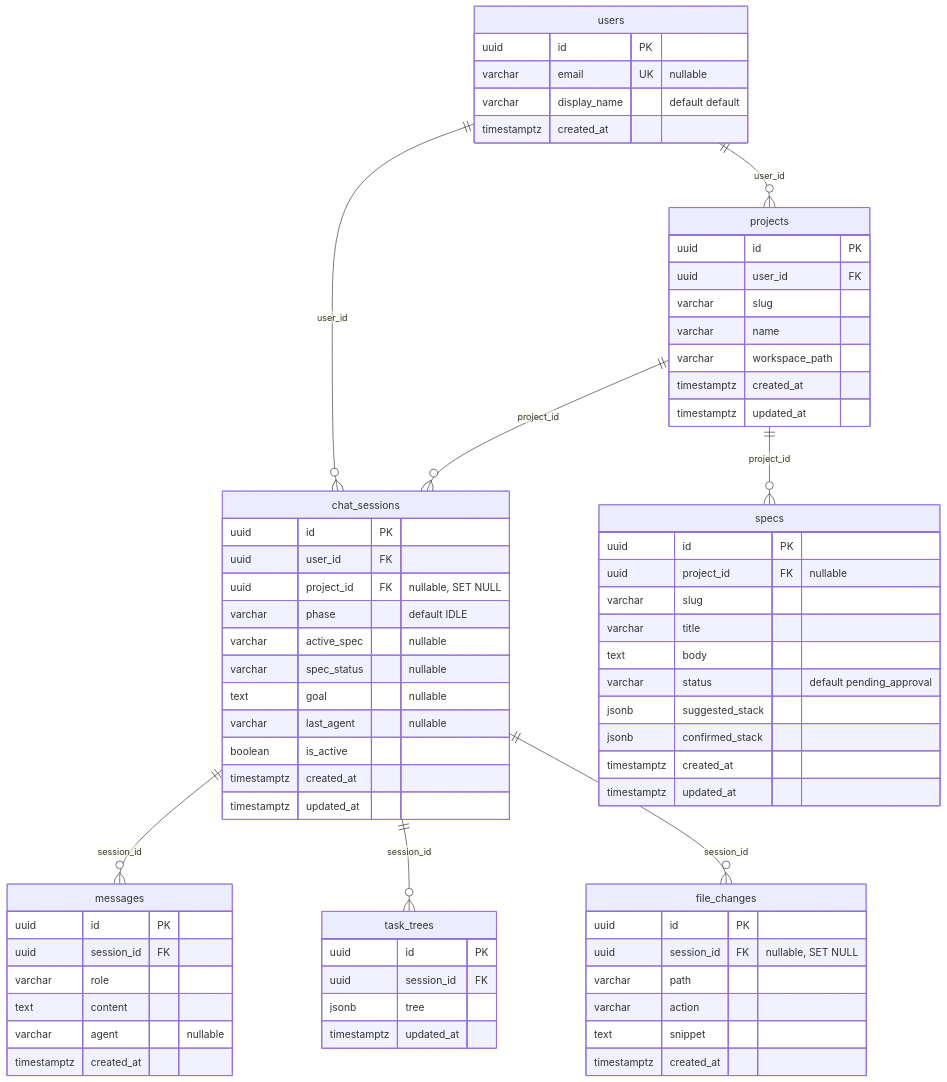
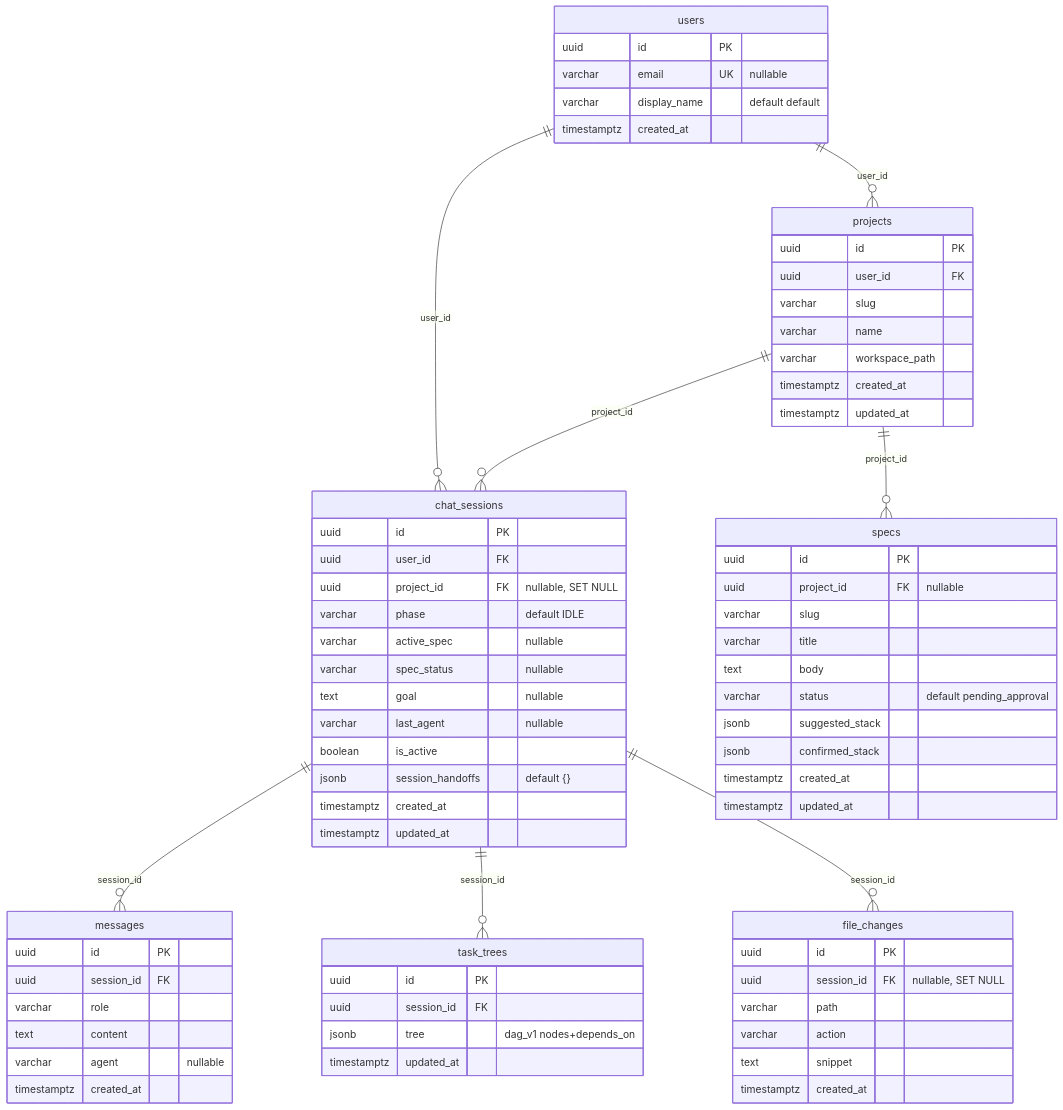
One commit to ortizpedroso/iadevortiz changed the second of 4 diagrams in docs/ARQUITETURA.md. Above: the diagram before and after it, drawn with Mermaid. The commit also changed other lines of this file and 5 other files, not shown here.

````diff
--- a/docs/ARQUITETURA.md
+++ b/docs/ARQUITETURA.md
@@ -67,79 +67,80 @@
 ```mermaid
 erDiagram
     users ||--o{ projects : "user_id"
     users ||--o{ chat_sessions : "user_id"
     projects ||--o{ specs : "project_id"
     projects ||--o{ chat_sessions : "project_id"
     chat_sessions ||--o{ messages : "session_id"
     chat_sessions ||--o{ task_trees : "session_id"
     chat_sessions ||--o{ file_changes : "session_id"
 
     users {
         uuid id PK
         varchar email UK "nullable"
         varchar display_name "default default"
         timestamptz created_at
     }
 
     projects {
         uuid id PK
         uuid user_id FK
         varchar slug
         varchar name
         varchar workspace_path
         timestamptz created_at
         timestamptz updated_at
     }
 
     chat_sessions {
         uuid id PK
         uuid user_id FK
         uuid project_id FK "nullable, SET NULL"
         varchar phase "default IDLE"
         varchar active_spec "nullable"
         varchar spec_status "nullable"
         text goal "nullable"
         varchar last_agent "nullable"
         boolean is_active
+        jsonb session_handoffs "default {}"
         timestamptz created_at
         timestamptz updated_at
     }
 
     messages {
         uuid id PK
         uuid session_id FK
         varchar role
         text content
         varchar agent "nullable"
         timestamptz created_at
     }
 
     specs {
         uuid id PK
         uuid project_id FK "nullable"
         varchar slug
         varchar title
         text body
         varchar status "default pending_approval"
         jsonb suggested_stack
         jsonb confirmed_stack
         timestamptz created_at
         timestamptz updated_at
     }
 
     task_trees {
         uuid id PK
         uuid session_id FK
-        jsonb tree
+        jsonb tree "dag_v1 nodes+depends_on"
         timestamptz updated_at
     }
 
     file_changes {
         uuid id PK
         uuid session_id FK "nullable, SET NULL"
         varchar path
         varchar action
         text snippet
         timestamptz created_at
     }
 ```
````
